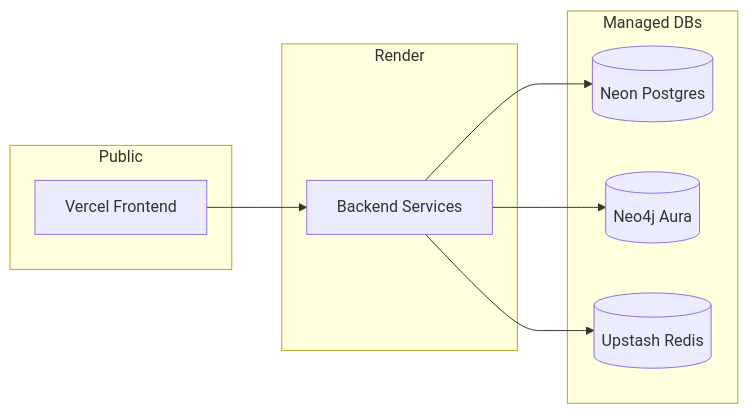
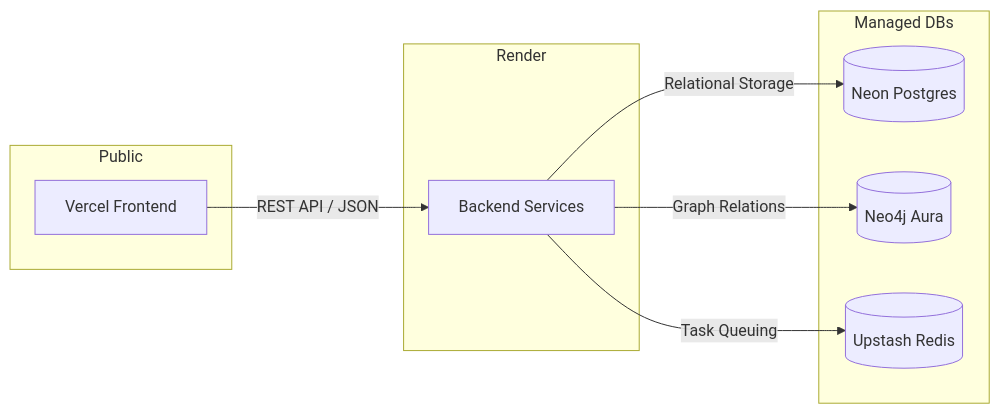
One commit to someshsinha/transaction-anomaly-visualizer changed the second of 2 diagrams in README.md. Above: the diagram before and after it, drawn with Mermaid. The commit also changed other lines of this file, not shown here.

````diff
--- a/README.md
+++ b/README.md
@@ -41,19 +41,19 @@
 ```mermaid
 flowchart LR
     subgraph Client [Public]
         V[Vercel Frontend]
     end
     subgraph Compute [Render]
         B[Backend Services]
     end
     subgraph Storage [Managed DBs]
         N[(Neon Postgres)]
         A[(Neo4j Aura)]
         U[(Upstash Redis)]
     end
 
-    V --> B
-    B --> N
-    B --> A
-    B --> U
+    V -->|REST API / JSON| B
+    B -->|Relational Storage| N
+    B -->|Graph Relations| A
+    B -->|Task Queuing| U
 ```
````
